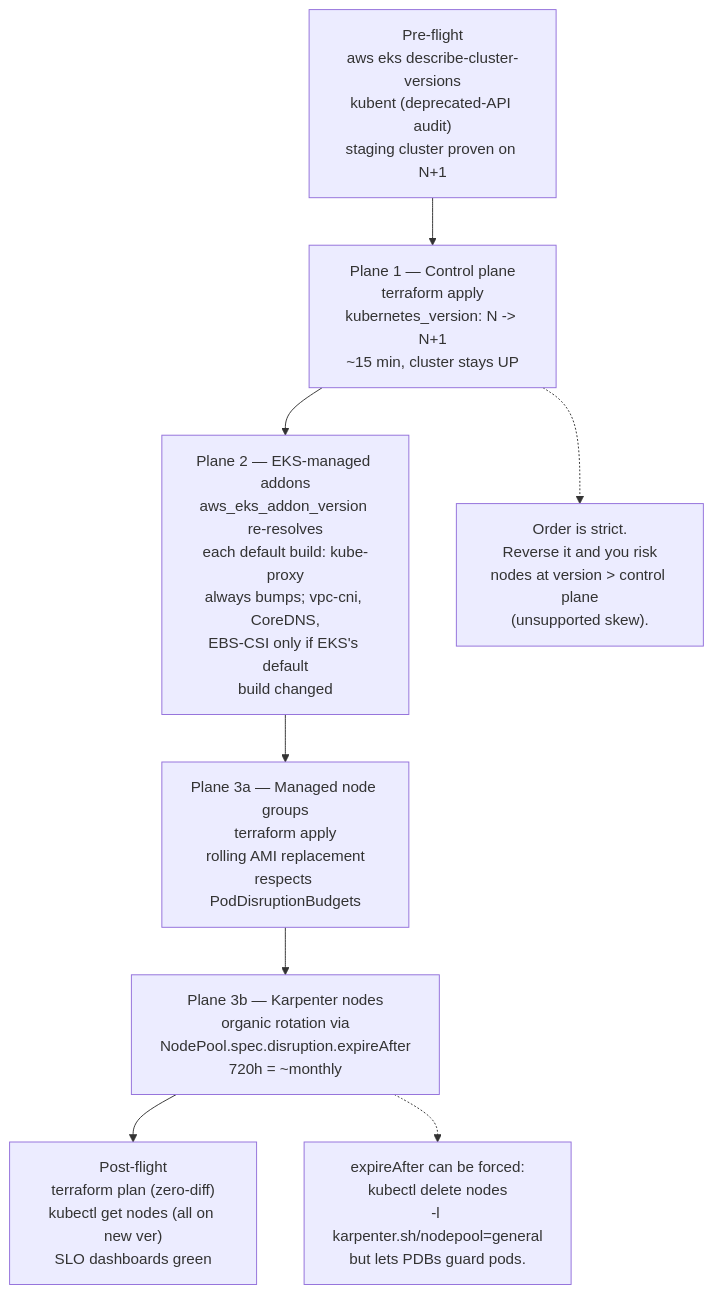
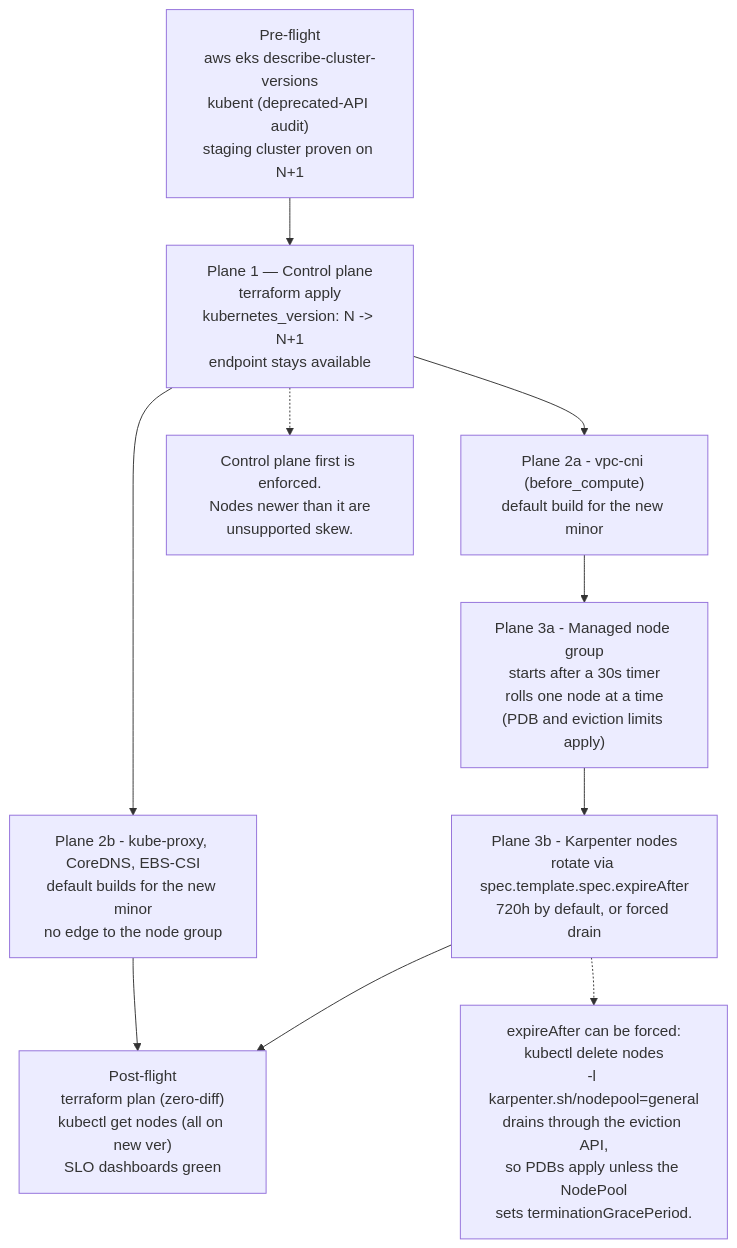
Before and after one commit to abd-ulbasit/bookstore-kubernetes-guide: the diagram in full-guide/14-eks-in-production-a-to-z/02-eks-cluster-lifecycle.md, drawn with Mermaid. The commit also changed other lines of this file, not shown here.

First line of the commit message:
14.02: correct the upgrade order and auto-upgrade claims

````diff
--- a/full-guide/14-eks-in-production-a-to-z/02-eks-cluster-lifecycle.md
+++ b/full-guide/14-eks-in-production-a-to-z/02-eks-cluster-lifecycle.md
@@ -182,17 +203,21 @@
 ```mermaid
 flowchart TB
     pre["Pre-flight<br/>aws eks describe-cluster-versions<br/>kubent (deprecated-API audit)<br/>staging cluster proven on N+1"]
-    cp["Plane 1 — Control plane<br/>terraform apply<br/>kubernetes_version: N -> N+1<br/>~15 min, cluster stays UP"]
-    ad["Plane 2 — EKS-managed addons<br/>aws_eks_addon_version re-resolves<br/>each default build: kube-proxy<br/>always bumps; vpc-cni, CoreDNS,<br/>EBS-CSI only if EKS's default<br/>build changed"]
-    mn["Plane 3a — Managed node groups<br/>terraform apply<br/>rolling AMI replacement<br/>respects PodDisruptionBudgets"]
-    kn["Plane 3b — Karpenter nodes<br/>organic rotation via<br/>NodePool.spec.disruption.expireAfter<br/>720h = ~monthly"]
+    cp["Plane 1 — Control plane<br/>terraform apply<br/>kubernetes_version: N -> N+1<br/>endpoint stays available"]
+    vc["Plane 2a - vpc-cni (before_compute)<br/>default build for the new minor"]
+    ad["Plane 2b - kube-proxy, CoreDNS, EBS-CSI<br/>default builds for the new minor<br/>no edge to the node group"]
+    mn["Plane 3a - Managed node group<br/>starts after a 30s timer<br/>rolls one node at a time<br/>(PDB and eviction limits apply)"]
+    kn["Plane 3b - Karpenter nodes<br/>rotate via spec.template.spec.expireAfter<br/>720h by default, or forced drain"]
     post["Post-flight<br/>terraform plan (zero-diff)<br/>kubectl get nodes (all on new ver)<br/>SLO dashboards green"]
 
-    pre --> cp --> ad --> mn --> kn --> post
+    pre --> cp
+    cp --> vc --> mn
+    cp --> ad --> post
+    mn --> kn --> post
 
-    note1["Order is strict.<br/>Reverse it and you risk<br/>nodes at version > control plane<br/>(unsupported skew)."]
+    note1["Control plane first is enforced.<br/>Nodes newer than it are<br/>unsupported skew."]
     cp -.-> note1
 
-    note2["expireAfter can be forced:<br/>kubectl delete nodes<br/>-l karpenter.sh/nodepool=general<br/>but lets PDBs guard pods."]
+    note2["expireAfter can be forced:<br/>kubectl delete nodes<br/>-l karpenter.sh/nodepool=general<br/>drains through the eviction API,<br/>so PDBs apply unless the NodePool<br/>sets terminationGracePeriod."]
     kn -.-> note2
 ```
````
